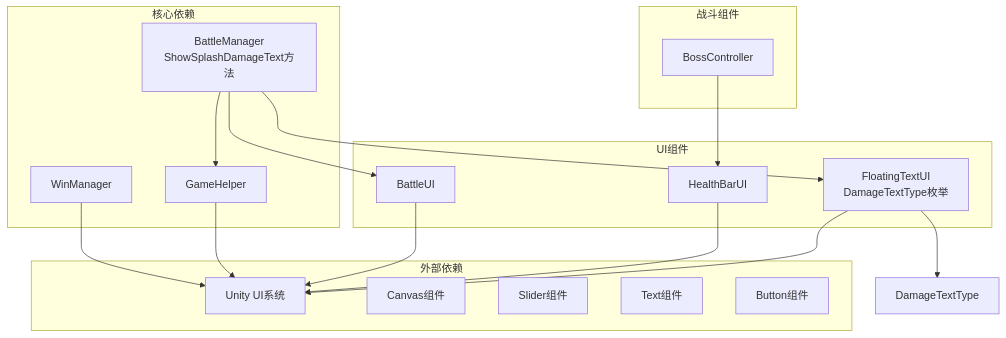
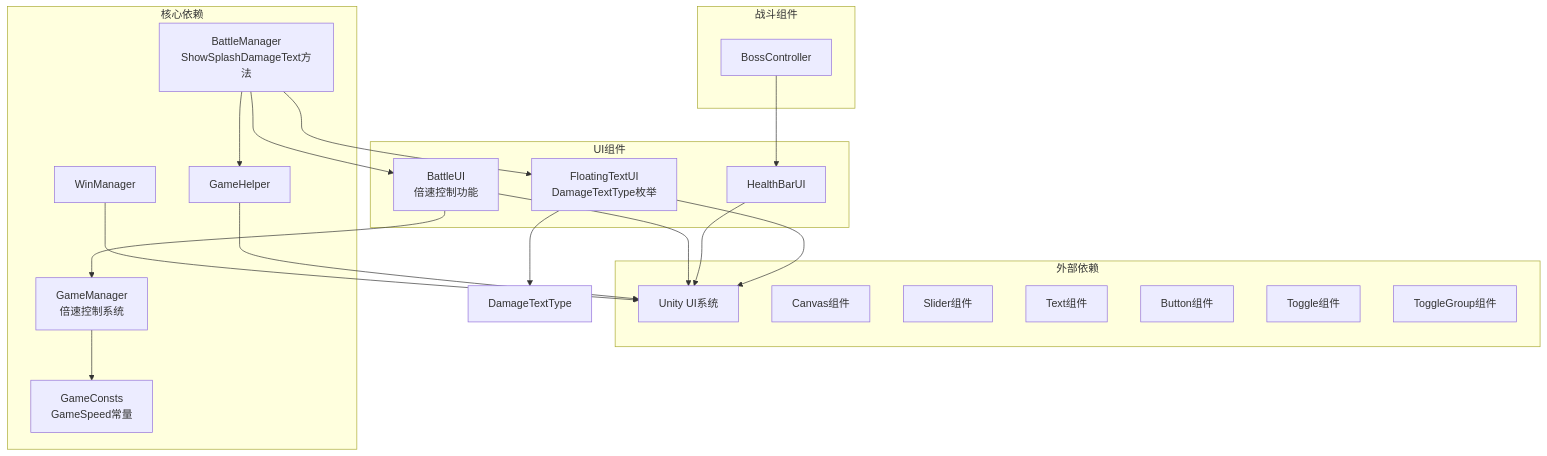
Before and after one commit to Tuusen/p1_client: diagram 11 of 11 in .qoder/repowiki/zh/content/用户界面系统/战斗界面系统.md, drawn with Mermaid. The commit also changed other lines of this file and 21 other files, not shown here.

````diff
--- a/.qoder/repowiki/zh/content/用户界面系统/战斗界面系统.md
+++ b/.qoder/repowiki/zh/content/用户界面系统/战斗界面系统.md
@@ -405,33 +550,39 @@
 ```mermaid
 graph TB
 subgraph "外部依赖"
 UnityUI[Unity UI系统]
 Canvas[Canvas组件]
 Slider[Slider组件]
 Text[Text组件]
 Button[Button组件]
+Toggle[Toggle组件]
+ToggleGroup[ToggleGroup组件]
 end
 subgraph "核心依赖"
 BattleManager[BattleManager<br/>ShowSplashDamageText方法]
 GameHelper[GameHelper]
 WinManager[WinManager]
+GameManager[GameManager<br/>倍速控制系统]
+GameConsts[GameConsts<br/>GameSpeed常量]
 end
 subgraph "UI组件"
-BattleUI[BattleUI]
+BattleUI[BattleUI<br/>倍速控制功能]
 HealthBarUI[HealthBarUI]
 FloatingTextUI[FloatingTextUI<br/>DamageTextType枚举]
 end
 subgraph "战斗组件"
 BossController[BossController]
 end
 BattleManager --> BattleUI
 BattleManager --> FloatingTextUI
 BattleManager --> GameHelper
 BossController --> HealthBarUI
 WinManager --> UnityUI
 GameHelper --> UnityUI
 BattleUI --> UnityUI
+BattleUI --> GameManager
 HealthBarUI --> UnityUI
 FloatingTextUI --> UnityUI
 FloatingTextUI --> DamageTextType
+GameManager --> GameConsts
 ```
````
